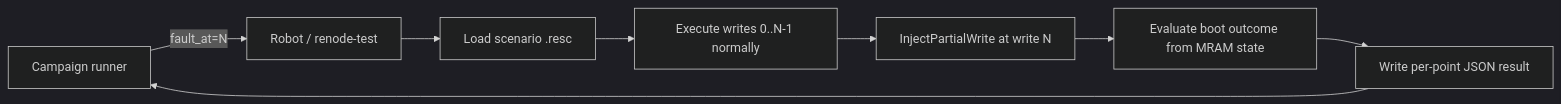
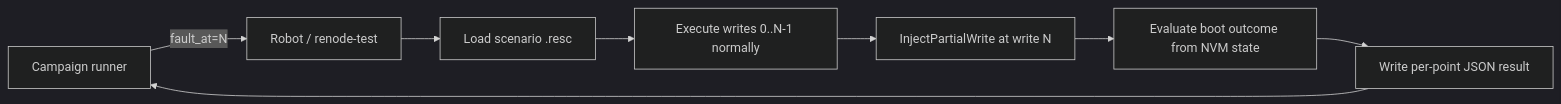
Before and after one commit to neilberkman/ota-resilience: the fifth of 5 diagrams in docs/architecture.md, drawn with Mermaid (dark theme). The commit also changed other lines of this file and 60 other files, not shown here.

````diff
--- a/docs/architecture.md
+++ b/docs/architecture.md
@@ -111,10 +111,10 @@
 ```mermaid
 flowchart LR
     A[Campaign runner] -->|fault_at=N| B[Robot / renode-test]
     B --> C[Load scenario .resc]
     C --> D[Execute writes 0..N-1 normally]
     D --> E["InjectPartialWrite at write N"]
-    E --> F[Evaluate boot outcome from MRAM state]
+    E --> F[Evaluate boot outcome from NVM state]
     F --> G[Write per-point JSON result]
     G --> A
 ```
````
